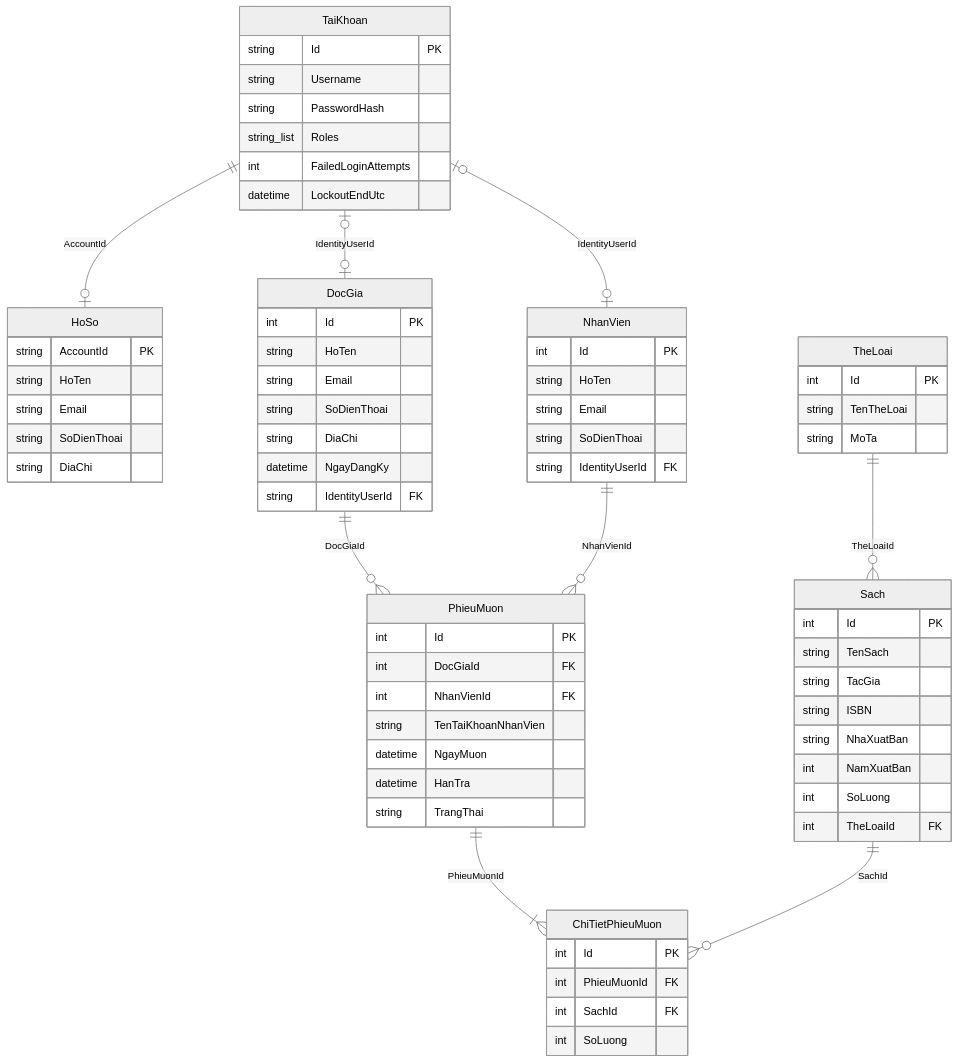
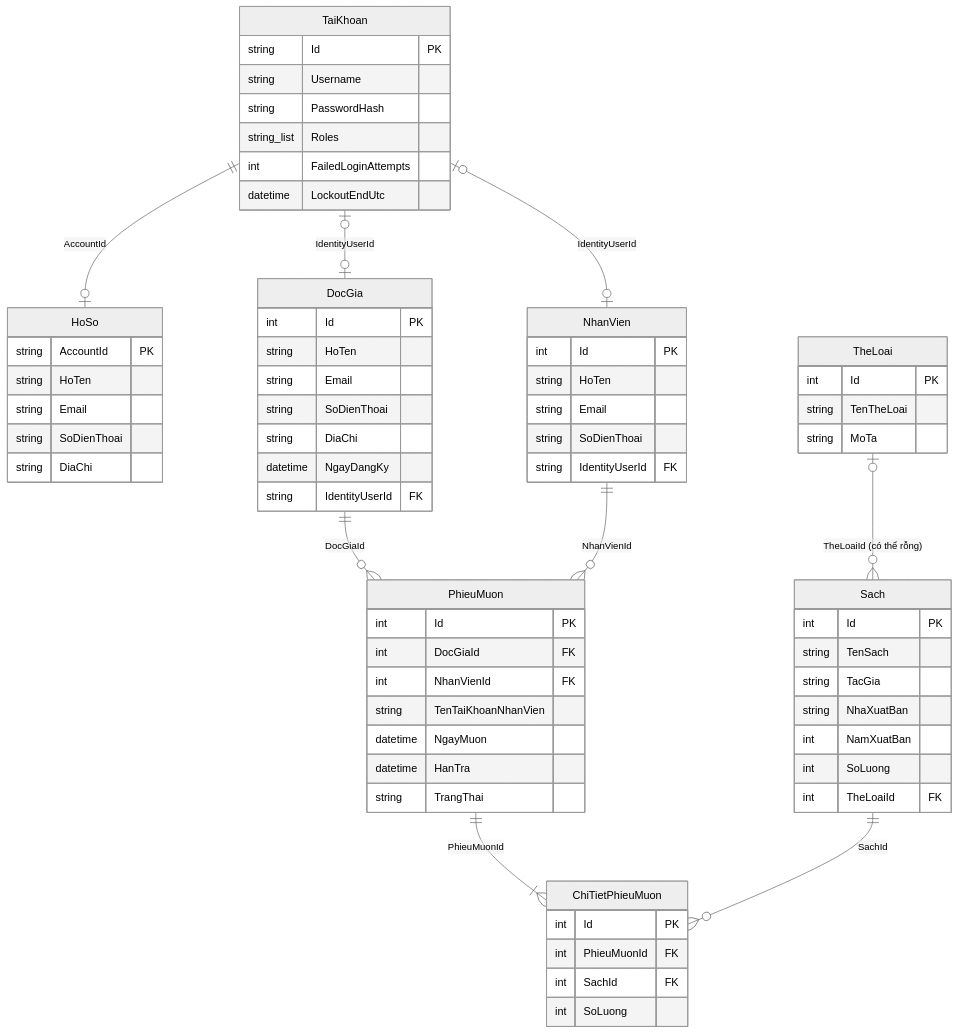
One commit to KiuKuma/quan-ly-muon-tra-sach-thu-vien changed the first of 2 diagrams in docs/ERD.md. Above: the diagram before and after it, drawn with Mermaid (neutral theme). The commit also changed other lines of this file and 11 other files, not shown here.

````diff
--- a/docs/ERD.md
+++ b/docs/ERD.md
@@ -24,73 +24,72 @@
 ```mermaid
 erDiagram
     TaiKhoan ||--o| HoSo : "AccountId"
     TaiKhoan |o--o| DocGia : "IdentityUserId"
     TaiKhoan |o--o| NhanVien : "IdentityUserId"
-    TheLoai ||--o{ Sach : "TheLoaiId"
+    TheLoai |o--o{ Sach : "TheLoaiId (có thể rỗng)"
     DocGia ||--o{ PhieuMuon : "DocGiaId"
     NhanVien ||--o{ PhieuMuon : "NhanVienId"
     PhieuMuon ||--|{ ChiTietPhieuMuon : "PhieuMuonId"
     Sach ||--o{ ChiTietPhieuMuon : "SachId"
 
     TaiKhoan {
         string Id PK
         string Username
         string PasswordHash
         string_list Roles
         int FailedLoginAttempts
         datetime LockoutEndUtc
     }
     HoSo {
         string AccountId PK
         string HoTen
         string Email
         string SoDienThoai
         string DiaChi
     }
     DocGia {
         int Id PK
         string HoTen
         string Email
         string SoDienThoai
         string DiaChi
         datetime NgayDangKy
         string IdentityUserId FK
     }
     NhanVien {
         int Id PK
         string HoTen
         string Email
         string SoDienThoai
         string IdentityUserId FK
     }
     TheLoai {
         int Id PK
         string TenTheLoai
         string MoTa
     }
     Sach {
         int Id PK
         string TenSach
         string TacGia
-        string ISBN
         string NhaXuatBan
         int NamXuatBan
         int SoLuong
         int TheLoaiId FK
     }
     PhieuMuon {
         int Id PK
         int DocGiaId FK
         int NhanVienId FK
         string TenTaiKhoanNhanVien
         datetime NgayMuon
         datetime HanTra
         string TrangThai
     }
     ChiTietPhieuMuon {
         int Id PK
         int PhieuMuonId FK
         int SachId FK
         int SoLuong
     }
 ```
````
